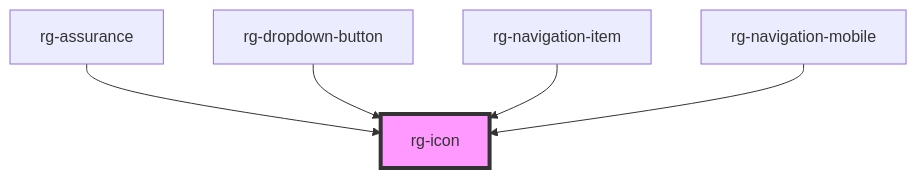
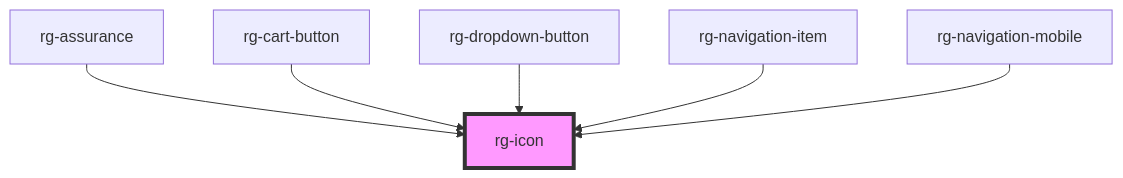
The diagram in src/components/icon/readme.md (tomas862/regila-ui), drawn with Mermaid before and after one commit. The commit also changed other lines of this file and 13 other files, not shown here.

First line of the commit message:
Features - cart button (#16)

````diff
--- a/src/components/icon/readme.md
+++ b/src/components/icon/readme.md
@@ -27,8 +28,9 @@
 ```mermaid
 graph TD;
   rg-assurance --> rg-icon
+  rg-cart-button --> rg-icon
   rg-dropdown-button --> rg-icon
   rg-navigation-item --> rg-icon
   rg-navigation-mobile --> rg-icon
   style rg-icon fill:#f9f,stroke:#333,stroke-width:4px
 ```
````
